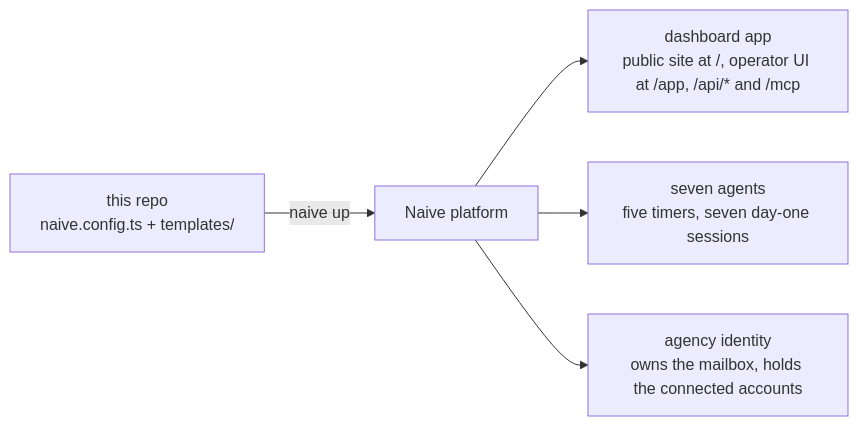
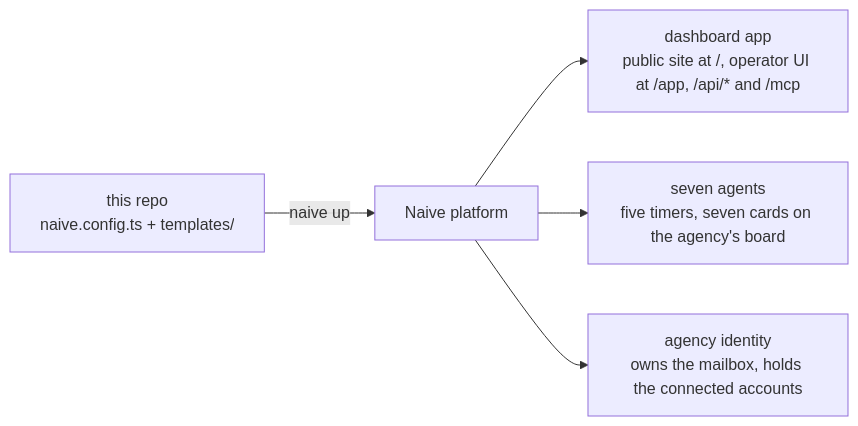
The diagram in README.md (usenaive/agency-blueprint), drawn with Mermaid before and after one commit. The commit also changed other lines of this file and 7 other files, not shown here.

First line of the commit message:
Seed day one as board tasks in place of intakes

````diff
--- a/README.md
+++ b/README.md
@@ -29,8 +29,8 @@
 ```mermaid
 flowchart LR
   repo["this repo<br/>naive.config.ts + templates/"]
   repo -->|naive up| plat["Naive platform"]
   plat --> dash["dashboard app<br/>public site at /, operator UI at /app, /api/* and /mcp"]
-  plat --> crew["seven agents<br/>five timers, seven day-one sessions"]
+  plat --> crew["seven agents<br/>five timers, seven cards on the agency's board"]
   plat --> idn["agency identity<br/>owns the mailbox, holds the connected accounts"]
 ```
````
